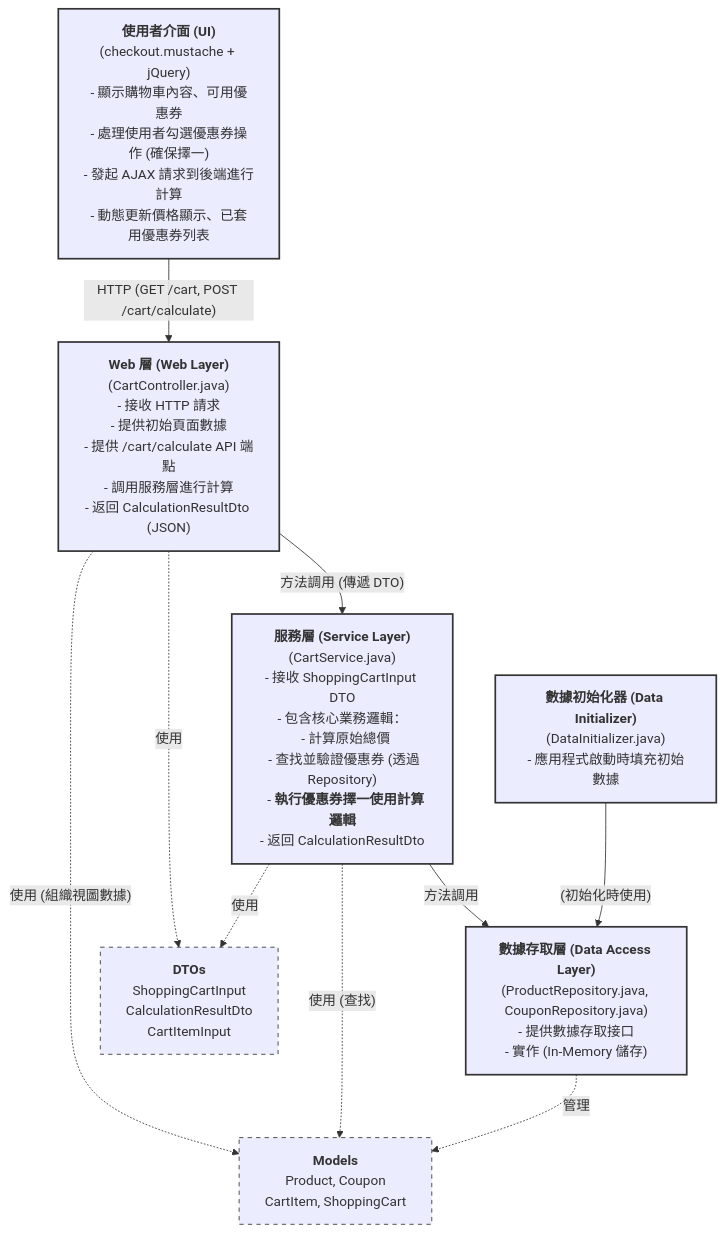
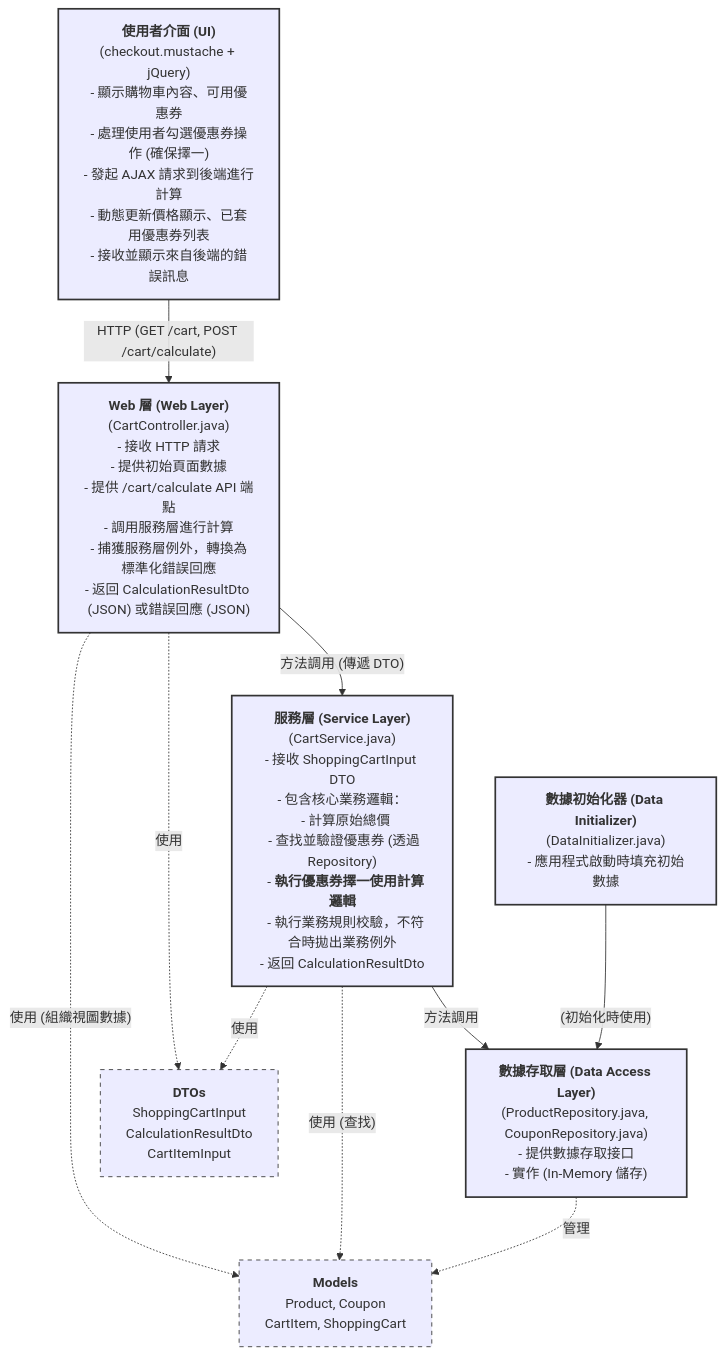
The second of 2 diagrams in README.md (samzhu/25-spring-coupon-demo), drawn with Mermaid before and after one commit. The commit also changed other lines of this file, not shown here.

````diff
--- a/README.md
+++ b/README.md
@@ -122,34 +122,34 @@
 ```mermaid
 graph TD
-    UI["<b>使用者介面 (UI)</b><br/>(checkout.mustache + jQuery)<br/>- 顯示購物車內容、可用優惠券<br/>- 處理使用者勾選優惠券操作 (確保擇一)<br/>- 發起 AJAX 請求到後端進行計算<br/>- 動態更新價格顯示、已套用優惠券列表"]
+    UI["<b>使用者介面 (UI)</b><br/>(checkout.mustache + jQuery)<br/>- 顯示購物車內容、可用優惠券<br/>- 處理使用者勾選優惠券操作 (確保擇一)<br/>- 發起 AJAX 請求到後端進行計算<br/>- 動態更新價格顯示、已套用優惠券列表<br/>- 接收並顯示來自後端的錯誤訊息"]
 
-    WebLayer["<b>Web 層 (Web Layer)</b><br/>(CartController.java)<br/>- 接收 HTTP 請求<br/>- 提供初始頁面數據<br/>- 提供 /cart/calculate API 端點<br/>- 調用服務層進行計算<br/>- 返回 CalculationResultDto (JSON)"]
+    WebLayer["<b>Web 層 (Web Layer)</b><br/>(CartController.java)<br/>- 接收 HTTP 請求<br/>- 提供初始頁面數據<br/>- 提供 /cart/calculate API 端點<br/>- 調用服務層進行計算<br/>- 捕獲服務層例外，轉換為標準化錯誤回應<br/>- 返回 CalculationResultDto (JSON) 或錯誤回應 (JSON)"]
 
-    ServiceLayer["<b>服務層 (Service Layer)</b><br/>(CartService.java)<br/>- 接收 ShoppingCartInput DTO<br/>- 包含核心業務邏輯：<br/>  - 計算原始總價<br/>  - 查找並驗證優惠券 (透過 Repository)<br/>  - <b>執行優惠券擇一使用計算邏輯</b><br/>- 返回 CalculationResultDto"]
+    ServiceLayer["<b>服務層 (Service Layer)</b><br/>(CartService.java)<br/>- 接收 ShoppingCartInput DTO<br/>- 包含核心業務邏輯：<br/>  - 計算原始總價<br/>  - 查找並驗證優惠券 (透過 Repository)<br/>  - <b>執行優惠券擇一使用計算邏輯</b><br/>  - 執行業務規則校驗，不符合時拋出業務例外<br/>- 返回 CalculationResultDto"]
 
     DataAccessLayer["<b>數據存取層 (Data Access Layer)</b><br/>(ProductRepository.java, CouponRepository.java)<br/>- 提供數據存取接口<br/>- 實作 (In-Memory 儲存)"]
 
     DataInitializer["<b>數據初始化器 (Data Initializer)</b><br/>(DataInitializer.java)<br/>- 應用程式啟動時填充初始數據"]
     
     DTOs["<b>DTOs</b><br/>ShoppingCartInput<br/>CalculationResultDto<br/>CartItemInput"]
     Models["<b>Models</b><br/>Product, Coupon<br/>CartItem, ShoppingCart"]
 
     UI -- "HTTP (GET /cart, POST /cart/calculate)" --> WebLayer;
     WebLayer -- "方法調用 (傳遞 DTO)" --> ServiceLayer;
     ServiceLayer -- "方法調用" --> DataAccessLayer;
     DataInitializer -- "(初始化時使用)" --> DataAccessLayer;
 
     WebLayer -. "使用" .-> DTOs;
     ServiceLayer -. "使用" .-> DTOs;
     WebLayer -. "使用 (組織視圖數據)" .-> Models;
     ServiceLayer -. "使用 (查找)" .-> Models;
     DataAccessLayer -. "管理" .-> Models;
     
     style UI fill:#lightgrey,stroke:#333,stroke-width:2px
     style WebLayer fill:#lightblue,stroke:#333,stroke-width:2px
     style ServiceLayer fill:#lightgreen,stroke:#333,stroke-width:2px
     style DataAccessLayer fill:#orange,stroke:#333,stroke-width:2px
     style DataInitializer fill:#yellow,stroke:#333,stroke-width:2px
     style DTOs fill:#whitesmoke,stroke:#333,stroke-width:1px,stroke-dasharray: 5 5
     style Models fill:#whitesmoke,stroke:#333,stroke-width:1px,stroke-dasharray: 5 5
 ```
````
